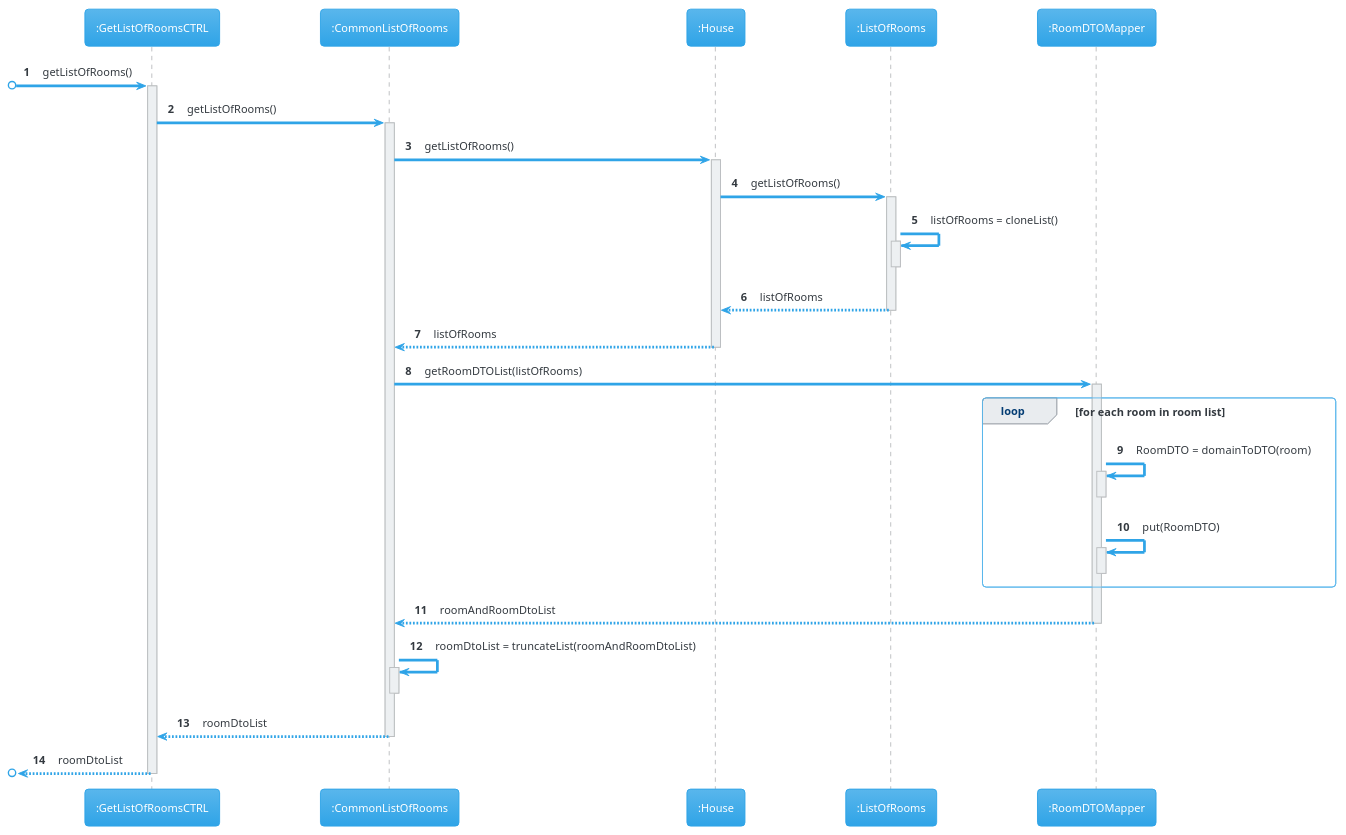
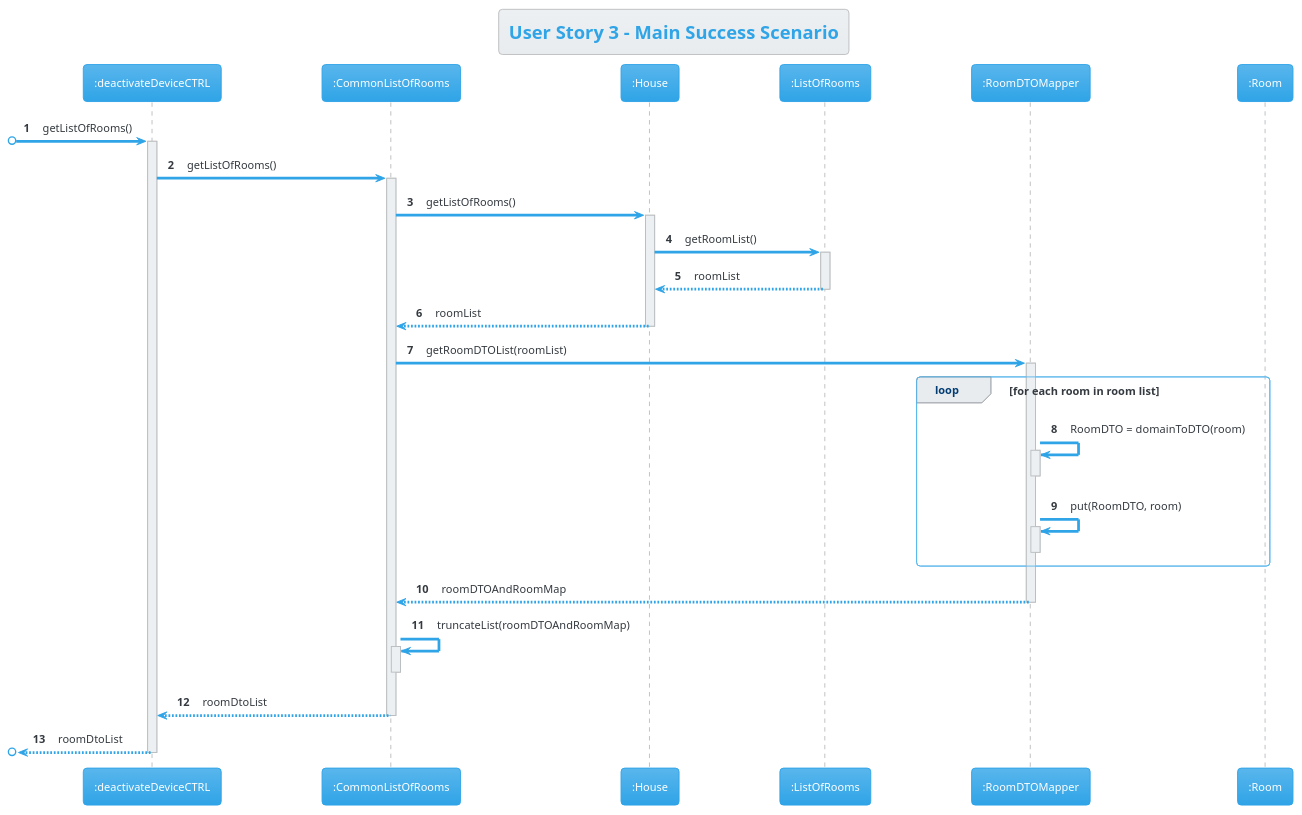
Before and after one commit to AfonsoNeves77/smartHouse: the diagram in Docs/US03/S3US03SequenceDiagram.puml, drawn with PlantUML. The commit also changed 4 other files, not shown here.

Commit message:
US01, US02 and US03 ClassDiagrams and SequenceDiagrams updated.

```diff
--- a/Docs/US03/S3US03SequenceDiagram.puml
+++ b/Docs/US03/S3US03SequenceDiagram.puml
@@ -1,48 +1,46 @@
 @startuml
 !theme cerulean
 skinparam ParticipantPadding 50
 autonumber
+title User Story 3 - Main Success Scenario
 
-participant ":GetListOfRoomsCTRL" as CTRL
+participant ":deactivateDeviceCTRL" as C
 participant ":CommonListOfRooms" as CU
-participant ":House" as h
+participant ":House" as H
 participant ":ListOfRooms" as LR
-participant ":RoomDTOMapper" as RDTM
+participant ":RoomDTOMapper" as RM
+participant ":Room" as R
 
-
-[o-> CTRL : getListOfRooms()
-activate CTRL
-CTRL -> CU : getListOfRooms()
+[o-> C : getListOfRooms()
+activate C
+C -> CU : getListOfRooms()
 activate CU
-CU -> h : getListOfRooms()
-activate h
-h -> LR : getListOfRooms()
+CU -> H : getListOfRooms()
+activate H
+H -> LR : getRoomList()
 activate LR
-LR -> LR : listOfRooms = cloneList()
-activate LR
+LR --> H : roomList
 deactivate LR
-LR --> h : listOfRooms
-deactivate LR
-h --> CU : listOfRooms
-
-deactivate h
-CU -> RDTM : getRoomDTOList(listOfRooms)
-activate RDTM
+H --> CU : roomList
+deactivate H
+CU -> RM : getRoomDTOList(roomList)
+activate RM
 loop for each room in room list
-RDTM -> RDTM : RoomDTO = domainToDTO(room)
-activate RDTM
-deactivate RDTM
-RDTM -> RDTM : put(RoomDTO)
-activate RDTM
-deactivate RDTM
+RM -> RM : RoomDTO = domainToDTO(room)
+activate RM
+deactivate RM
+RM -> RM : put(RoomDTO, room)
+activate RM
+deactivate RM
 end loop
-RDTM --> CU : roomAndRoomDtoList
-deactivate RDTM
-CU -> CU : roomDtoList = truncateList(roomAndRoomDtoList)
+RM --> CU : roomDTOAndRoomMap
+deactivate RM
+CU -> CU : truncateList(roomDTOAndRoomMap)
 activate CU
 deactivate CU
-CU --> CTRL : roomDtoList
+CU --> C : roomDtoList
 deactivate CU
-[o<-- CTRL : roomDtoList
-deactivate CTRL
+[o<-- C : roomDtoList
+deactivate C
+
 @enduml
```
